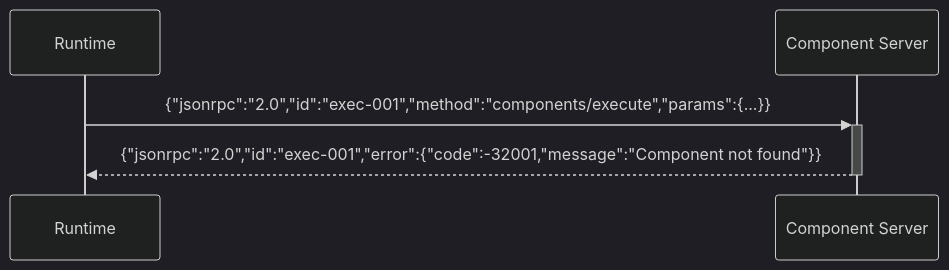
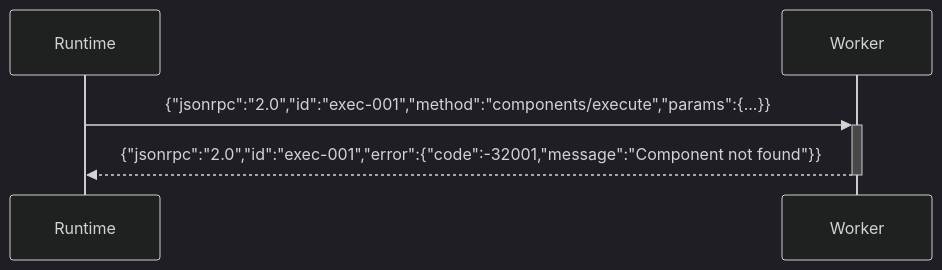
One commit to stepflow-ai/stepflow changed the sixth of 7 diagrams in docs/docs/protocol/message-format.md. Above: the diagram before and after it, drawn with Mermaid (dark theme). The commit also changed other lines of this file and 27 other files, not shown here.

````diff
--- a/docs/docs/protocol/message-format.md
+++ b/docs/docs/protocol/message-format.md
@@ -235,8 +235,8 @@
 ```mermaid
 sequenceDiagram
     participant R as Runtime
-    participant S as Component Server
+    participant S as Worker
 
     R->>+S: {"jsonrpc":"2.0","id":"exec-001","method":"components/execute","params":{...}}
     S-->>-R: {"jsonrpc":"2.0","id":"exec-001","error":{"code":-32001,"message":"Component not found"}}
 ```
````
